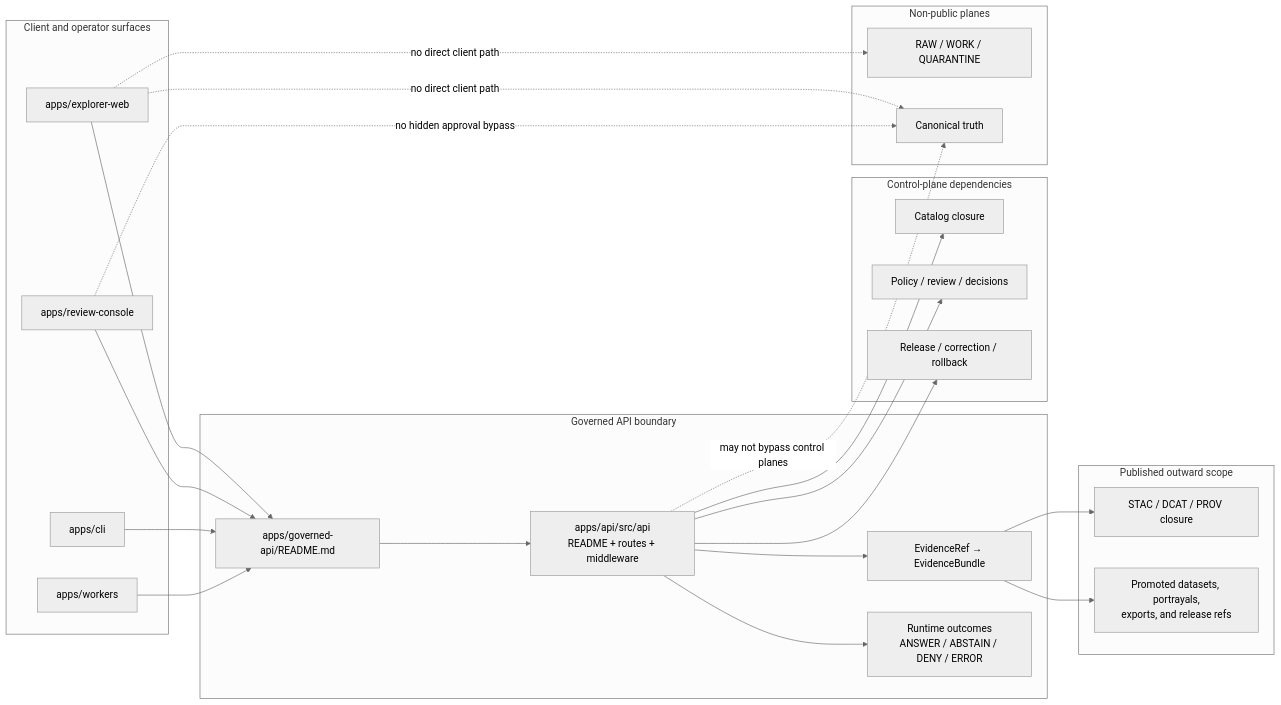
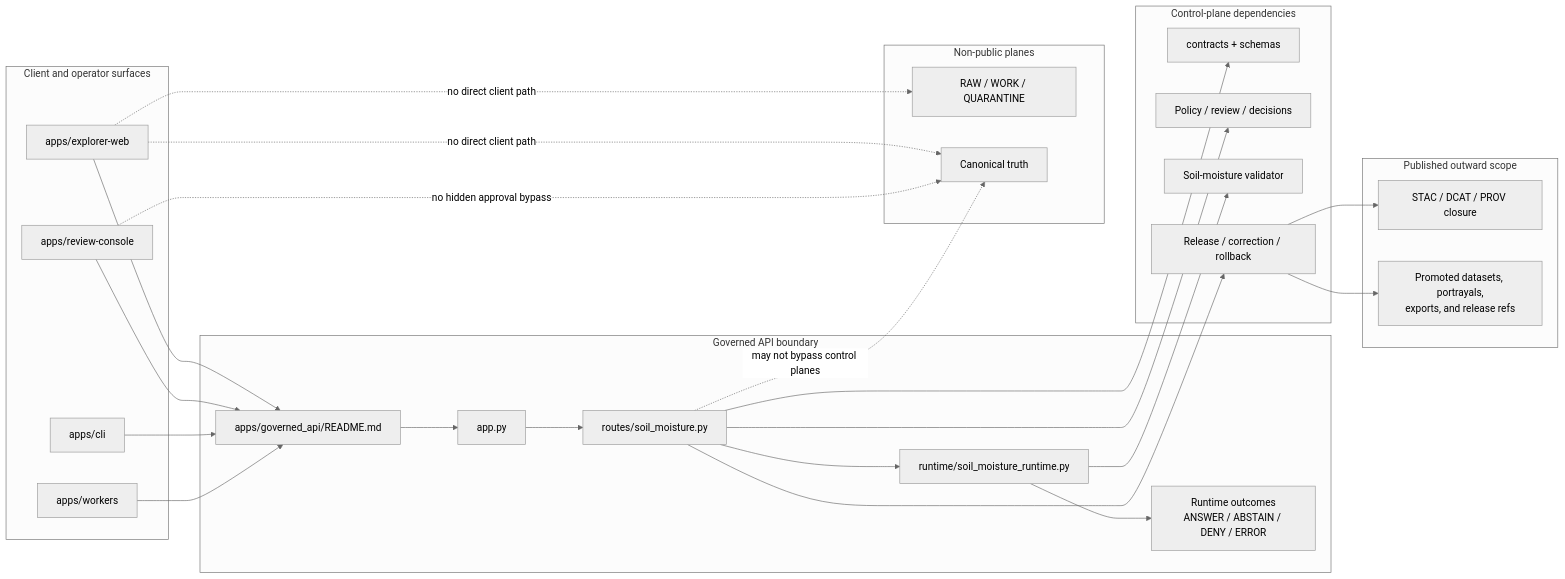
The diagram in apps/governed-api/README.md (bartytime4life/Kansas-Frontier-Matrix), drawn with Mermaid (neutral theme) before and after one commit. The commit also changed other lines of this file, not shown here.

First line of the commit message:
Revise README for governed API with updated details

````diff
--- a/apps/governed-api/README.md
+++ b/apps/governed-api/README.md
@@ -317,51 +410,56 @@
 ```mermaid
 flowchart LR
     subgraph Clients["Client and operator surfaces"]
         Explorer["apps/explorer-web"]
         Review["apps/review-console"]
         CLI["apps/cli"]
         Workers["apps/workers"]
     end
 
     subgraph Boundary["Governed API boundary"]
-        BoundaryReadme["apps/governed-api/README.md"]
-        Module["apps/api/src/api\nREADME + routes + middleware"]
-        Resolver["EvidenceRef → EvidenceBundle"]
+        BoundaryReadme["apps/governed_api/README.md"]
+        App["app.py"]
+        Route["routes/soil_moisture.py"]
+        Runtime["runtime/soil_moisture_runtime.py"]
         Envelope["Runtime outcomes\nANSWER / ABSTAIN / DENY / ERROR"]
     end
 
     subgraph Control["Control-plane dependencies"]
-        Catalog["Catalog closure"]
+        Contracts["contracts + schemas"]
         Policy["Policy / review / decisions"]
+        Validator["Soil-moisture validator"]
         Release["Release / correction / rollback"]
     end
 
     subgraph Published["Published outward scope"]
         Closure["STAC / DCAT / PROV closure"]
         Releases["Promoted datasets, portrayals,\nexports, and release refs"]
     end
 
     subgraph NonPublic["Non-public planes"]
         Raw["RAW / WORK / QUARANTINE"]
         Canon["Canonical truth"]
     end
 
     Explorer --> BoundaryReadme
     Review --> BoundaryReadme
     CLI --> BoundaryReadme
     Workers --> BoundaryReadme
 
-    BoundaryReadme --> Module
-    Module --> Resolver
-    Module --> Envelope
-    Module --> Catalog
-    Module --> Policy
-    Module --> Release
-    Resolver --> Closure
-    Resolver --> Releases
+    BoundaryReadme --> App
+    App --> Route
+    Route --> Runtime
+    Runtime --> Envelope
+    Runtime --> Validator
+    Route --> Contracts
+    Route --> Policy
+    Route --> Release
+
+    Release --> Closure
+    Release --> Releases
 
     Explorer -. no direct client path .-> Raw
     Explorer -. no direct client path .-> Canon
-    Module -. may not bypass control planes .-> Canon
+    Route -. may not bypass control planes .-> Canon
     Review -. no hidden approval bypass .-> Canon
 ```
````
